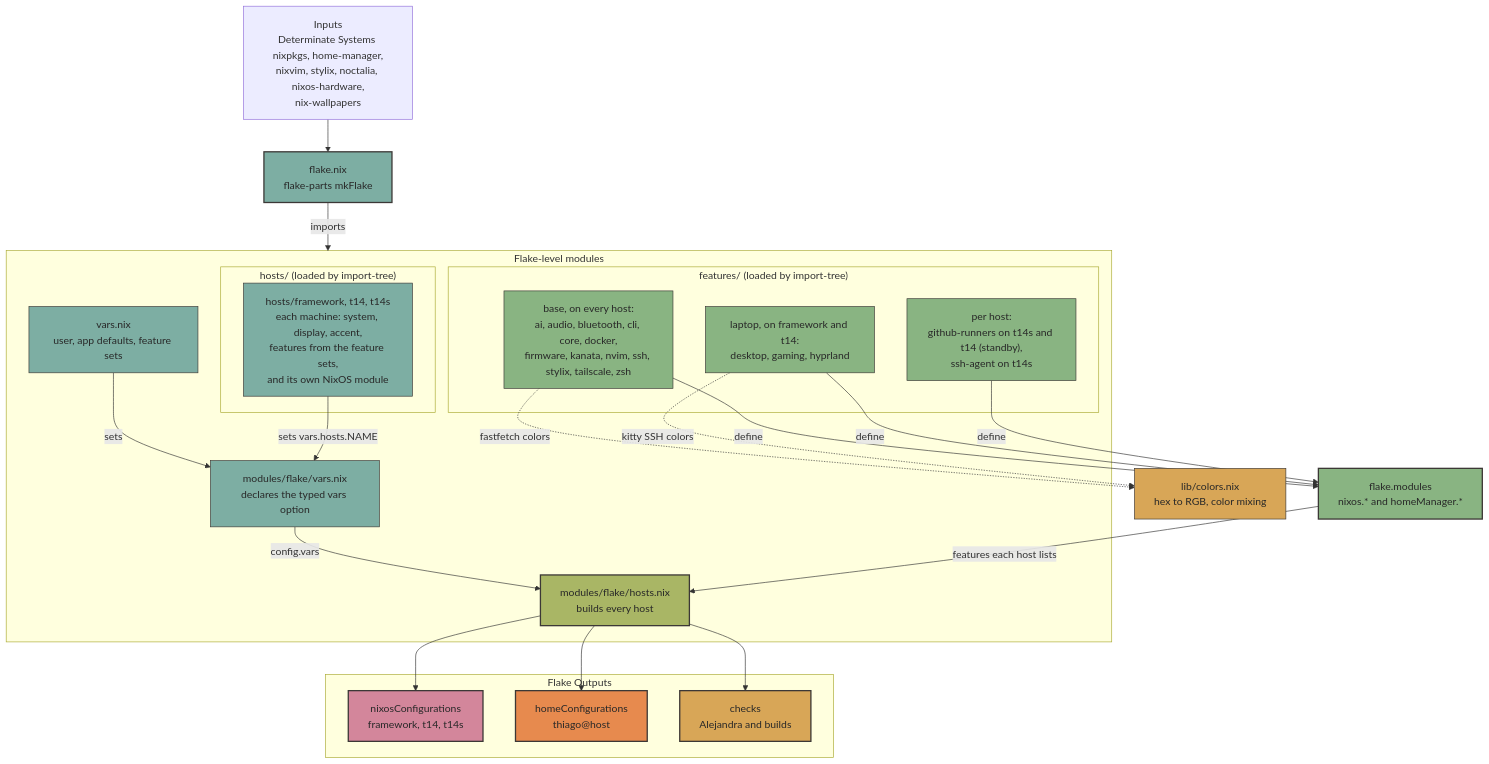
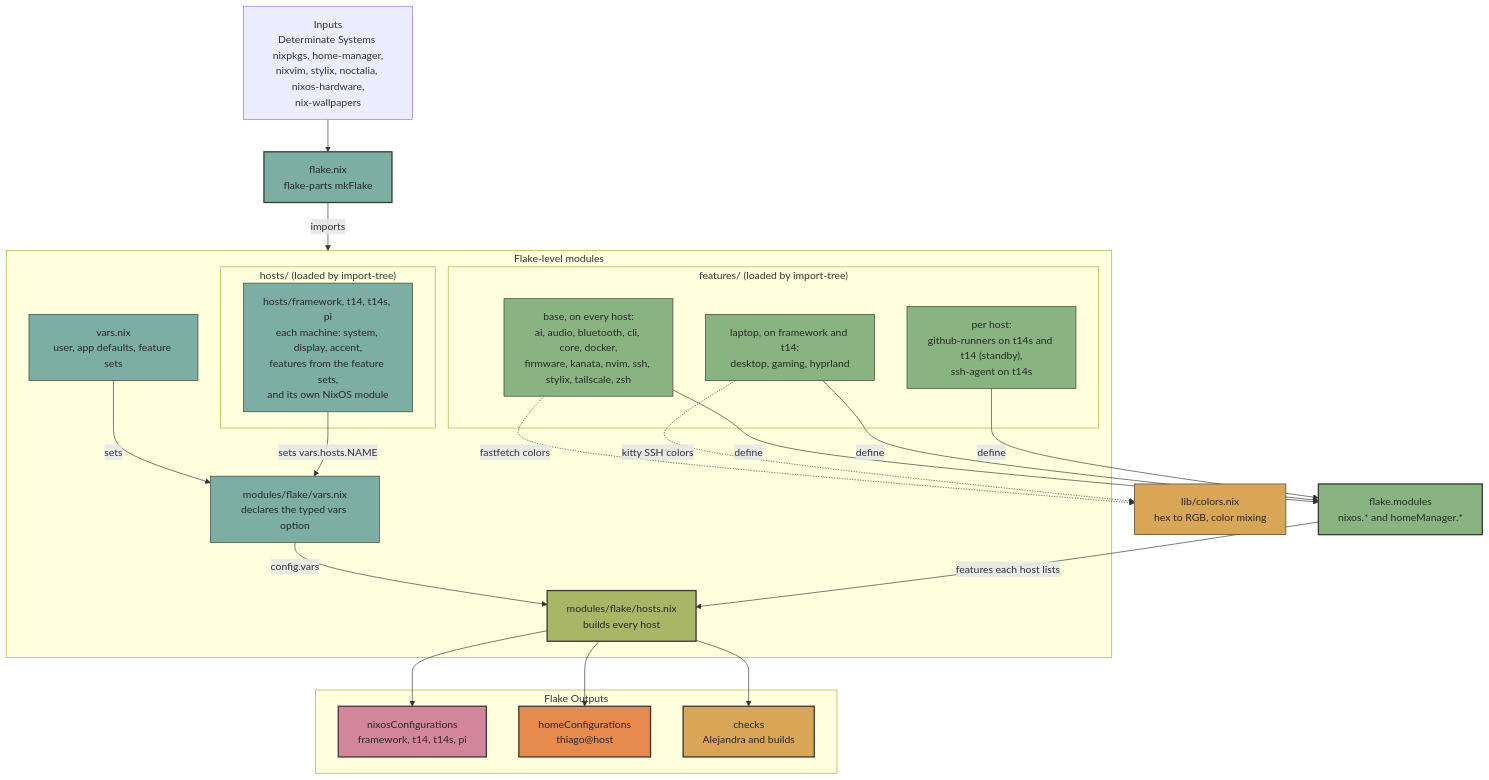
One commit to thiagokimo/nix-config changed the diagram in README.md. Above: the diagram before and after it, drawn with Mermaid. The commit also changed other lines of this file, not shown here.

Commit message:
Documents the pi host in the README

````diff
--- a/README.md
+++ b/README.md
@@ -81,58 +82,58 @@
 ```mermaid
 graph TD
     Inputs["Inputs<br/>Determinate Systems nixpkgs, home-manager,<br/>nixvim, stylix, noctalia, nixos-hardware,<br/>nix-wallpapers"] --> Flake
     Flake["flake.nix<br/>flake-parts mkFlake"]
 
     subgraph FlakeLevel ["Flake-level modules"]
         VarsOpt["modules/flake/vars.nix<br/>declares the typed vars option"]
         Vars["vars.nix<br/>user, app defaults, feature sets"]
         subgraph Features ["features/ (loaded by import-tree)"]
             BaseF["base, on every host:<br/>ai, audio, bluetooth, cli, core, docker,<br/>firmware, kanata, nvim, ssh, stylix, tailscale, zsh"]
             LaptopF["laptop, on framework and t14:<br/>desktop, gaming, hyprland"]
             ServerF["per host:<br/>github-runners on t14s and t14 (standby),<br/>ssh-agent on t14s"]
         end
         subgraph Hosts ["hosts/ (loaded by import-tree)"]
-            HostFiles["hosts/framework, t14, t14s<br/>each machine: system, display, accent,<br/>features from the feature sets,<br/>and its own NixOS module"]
+            HostFiles["hosts/framework, t14, t14s, pi<br/>each machine: system, display, accent,<br/>features from the feature sets,<br/>and its own NixOS module"]
         end
         HostsMod["modules/flake/hosts.nix<br/>builds every host"]
     end
 
     Flake -->|imports| FlakeLevel
     Vars -->|sets| VarsOpt
     HostFiles -->|sets vars.hosts.NAME| VarsOpt
     BaseF -->|define| FlakeModules
     LaptopF -->|define| FlakeModules
     ServerF -->|define| FlakeModules
     FlakeModules["flake.modules<br/>nixos.* and homeManager.*"]
 
     VarsOpt -->|config.vars| HostsMod
     FlakeModules -->|features each host lists| HostsMod
 
     subgraph Outputs ["Flake Outputs"]
-        NixOS["nixosConfigurations<br/>framework, t14, t14s"]
+        NixOS["nixosConfigurations<br/>framework, t14, t14s, pi"]
         HomeM["homeConfigurations<br/>thiago@host"]
         Checks["checks<br/>Alejandra and builds"]
     end
 
     HostsMod --> NixOS
     HostsMod --> HomeM
     HostsMod --> Checks
 
     Colors["lib/colors.nix<br/>hex to RGB, color mixing"]
     BaseF -.->|fastfetch colors| Colors
     LaptopF -.->|kitty SSH colors| Colors
 
     style Flake fill:#7daea3,stroke:#3c3836,stroke-width:2px,color:#282828
     style VarsOpt fill:#7daea3,stroke:#3c3836,stroke-width:1px,color:#282828
     style Vars fill:#7daea3,stroke:#3c3836,stroke-width:1px,color:#282828
     style HostFiles fill:#7daea3,stroke:#3c3836,stroke-width:1px,color:#282828
     style BaseF fill:#89b482,stroke:#3c3836,stroke-width:1px,color:#282828
     style LaptopF fill:#89b482,stroke:#3c3836,stroke-width:1px,color:#282828
     style ServerF fill:#89b482,stroke:#3c3836,stroke-width:1px,color:#282828
     style FlakeModules fill:#89b482,stroke:#3c3836,stroke-width:2px,color:#282828
     style HostsMod fill:#a9b665,stroke:#3c3836,stroke-width:2px,color:#282828
     style Colors fill:#d8a657,stroke:#3c3836,stroke-width:1px,color:#282828
     style NixOS fill:#d3869b,stroke:#3c3836,stroke-width:2px,color:#282828
     style HomeM fill:#e78a4e,stroke:#3c3836,stroke-width:2px,color:#282828
     style Checks fill:#d8a657,stroke:#3c3836,stroke-width:2px,color:#282828
 ```
````
